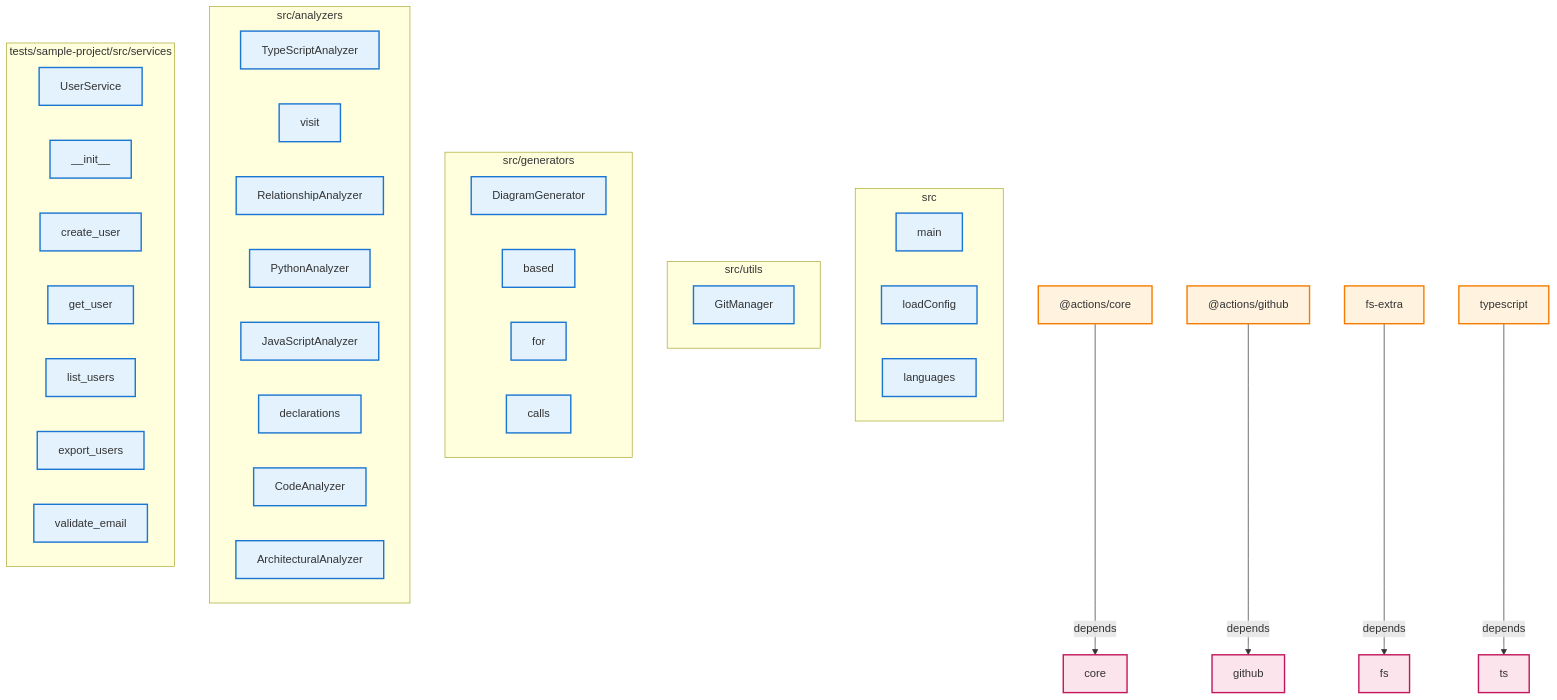
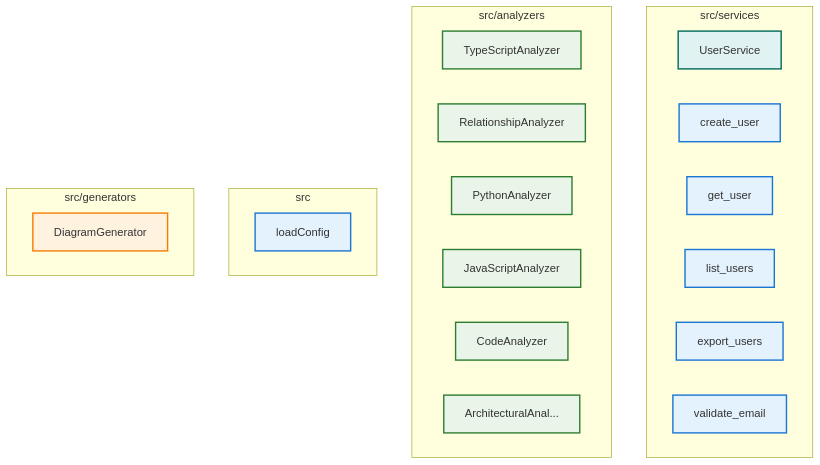
One commit to samjhill/diagrammer changed the diagram in docs/architecture/architecture.md. Above: the diagram before and after it, drawn with Mermaid. The commit also changed other lines of this file and 8 other files, not shown here.

Commit message:
docs(architecture): update generated diagrams with enhanced metrics and insights [skip ci]

````diff
--- a/docs/architecture/architecture.md
+++ b/docs/architecture/architecture.md
@@ -5,42 +15,17 @@
 ```mermaid
 graph TD
   classDef component fill:#e3f2fd,stroke:#1976d2,stroke-width:2px
-  classDef external fill:#fff3e0,stroke:#f57c00,stroke-width:2px
-  classDef internal fill:#e8f5e8,stroke:#388e3c,stroke-width:2px
-  classDef dependency fill:#fce4ec,stroke:#c2185b,stroke-width:2px
-  classDef group fill:#f3e5f5,stroke:#7b1fa2,stroke-width:3px
+  classDef analyzer fill:#e8f5e8,stroke:#2e7d32,stroke-width:2px
+  classDef generator fill:#fff3e0,stroke:#f57c00,stroke-width:2px
+  classDef manager fill:#f3e5f5,stroke:#7b1fa2,stroke-width:2px
+  classDef service fill:#e0f2f1,stroke:#00695c,stroke-width:2px
+  classDef external fill:#ffebee,stroke:#c62828,stroke-width:2px
+  classDef framework fill:#f1f8e9,stroke:#558b2f,stroke-width:2px
+  classDef npm fill:#e8eaf6,stroke:#3f51b5,stroke-width:2px
+  classDef group fill:#fafafa,stroke:#424242,stroke-width:3px
 
-  subgraph src["src"]
-    main["main"]
-    loadConfig["loadConfig"]
-    languages["languages"]
-  end
-
-  subgraph src_utils["src/utils"]
-    GitManager["GitManager"]
-  end
-
-  subgraph src_generators["src/generators"]
-    DiagramGenerator["DiagramGenerator"]
-    based["based"]
-    for["for"]
-    calls["calls"]
-  end
-
-  subgraph src_analyzers["src/analyzers"]
-    TypeScriptAnalyzer["TypeScriptAnalyzer"]
-    visit["visit"]
-    RelationshipAnalyzer["RelationshipAnalyzer"]
-    PythonAnalyzer["PythonAnalyzer"]
-    JavaScriptAnalyzer["JavaScriptAnalyzer"]
-    declarations["declarations"]
-    CodeAnalyzer["CodeAnalyzer"]
-    ArchitecturalAnalyzer["ArchitecturalAnalyzer"]
-  end
-
-  subgraph tests_sample_project_src_services["tests/sample-project/src/services"]
+  subgraph tests_sample_project_src_services["src/services"]
     UserService["UserService"]
-    __init__["__init__"]
     create_user["create_user"]
     get_user["get_user"]
     list_users["list_users"]
@@ -48,48 +33,36 @@
     validate_email["validate_email"]
   end
 
-  _actions_core["@actions/core"]
-  _actions_core:::external
-  core["core"]
-  core:::dependency
-  _actions_core -->|depends| core
-  _actions_github["@actions/github"]
-  _actions_github:::external
-  github["github"]
-  github:::dependency
-  _actions_github -->|depends| github
-  fs_extra["fs-extra"]
-  fs_extra:::external
-  fs["fs"]
-  fs:::dependency
-  fs_extra -->|depends| fs
-  typescript["typescript"]
-  typescript:::external
-  ts["ts"]
-  ts:::dependency
-  typescript -->|depends| ts
-  main:::component
-  loadConfig:::component
-  languages:::component
-  GitManager:::component
-  DiagramGenerator:::component
-  based:::component
-  for:::component
-  calls:::component
-  TypeScriptAnalyzer:::component
-  visit:::component
-  RelationshipAnalyzer:::component
-  PythonAnalyzer:::component
-  JavaScriptAnalyzer:::component
-  declarations:::component
-  CodeAnalyzer:::component
-  ArchitecturalAnalyzer:::component
-  UserService:::component
-  __init__:::component
+  subgraph src_analyzers["src/analyzers"]
+    TypeScriptAnalyzer["TypeScriptAnalyzer"]
+    RelationshipAnalyzer["RelationshipAnalyzer"]
+    PythonAnalyzer["PythonAnalyzer"]
+    JavaScriptAnalyzer["JavaScriptAnalyzer"]
+    CodeAnalyzer["CodeAnalyzer"]
+    ArchitecturalAnalyzer["ArchitecturalAnal..."]
+  end
+
+  subgraph src["src"]
+    loadConfig["loadConfig"]
+  end
+
+  subgraph src_generators["src/generators"]
+    DiagramGenerator["DiagramGenerator"]
+  end
+
+  UserService:::service
   create_user:::component
   get_user:::component
   list_users:::component
   export_users:::component
   validate_email:::component
+  loadConfig:::component
+  DiagramGenerator:::generator
+  TypeScriptAnalyzer:::analyzer
+  RelationshipAnalyzer:::analyzer
+  PythonAnalyzer:::analyzer
+  JavaScriptAnalyzer:::analyzer
+  CodeAnalyzer:::analyzer
+  ArchitecturalAnalyzer:::analyzer
 
 ```
````
